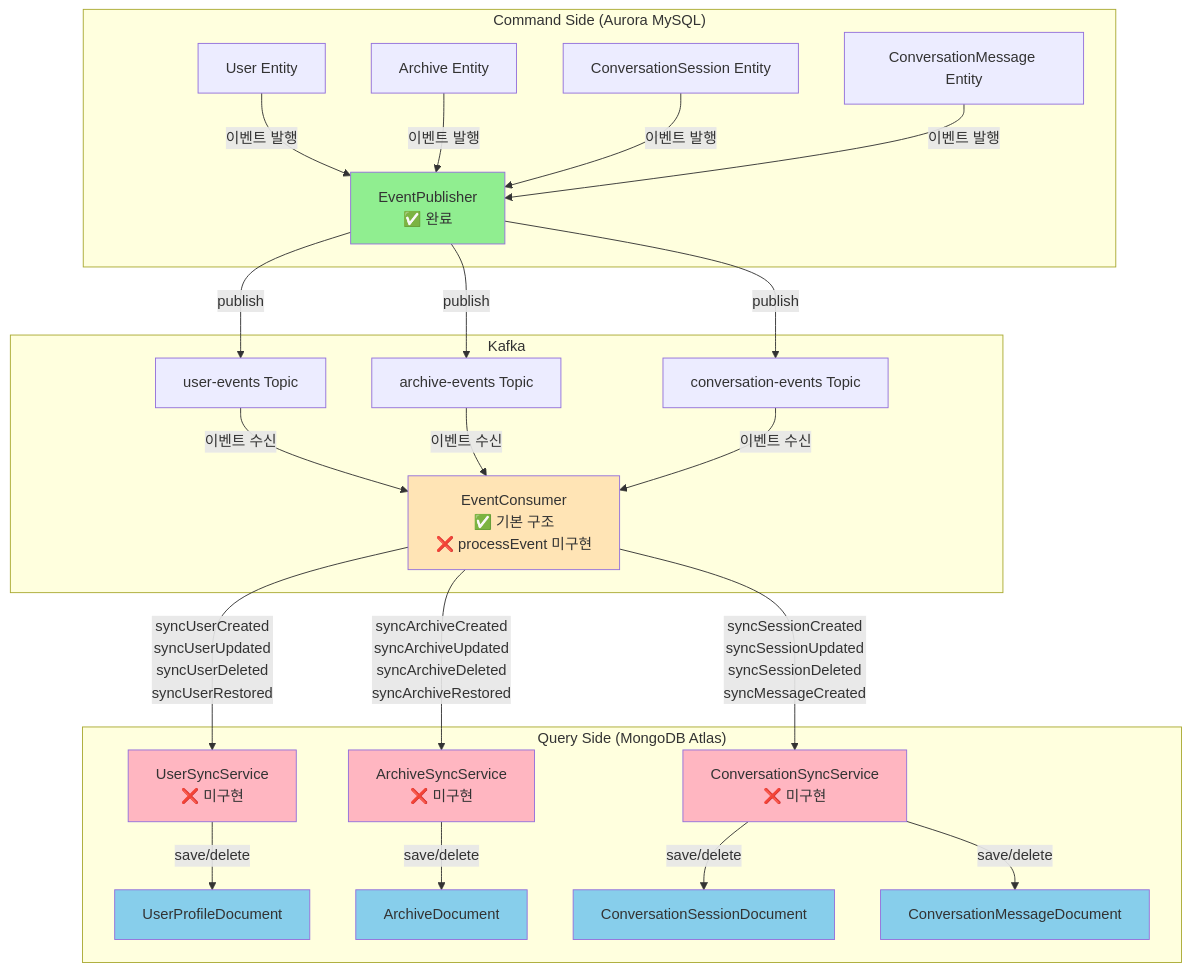
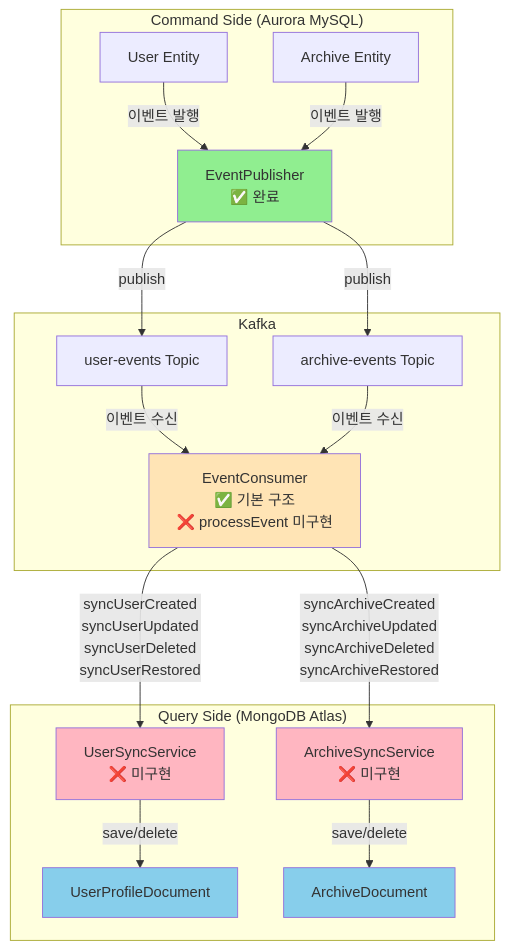
Before and after one commit to thswlsqls/tech-n-ai: the second of 8 diagrams in docs/step11/cqrs-kafka-sync-design.md, drawn with Mermaid. The commit also changed other lines of this file and 58 other files, not shown here.

````diff
--- a/docs/step11/cqrs-kafka-sync-design.md
+++ b/docs/step11/cqrs-kafka-sync-design.md
@@ -611,55 +720,39 @@
 ```mermaid
 flowchart TB
     subgraph CommandSide["Command Side (Aurora MySQL)"]
         UserEntity[User Entity]
         ArchiveEntity[Archive Entity]
-        ConversationSessionEntity[ConversationSession Entity]
-        ConversationMessageEntity[ConversationMessage Entity]
         EventPublisher[EventPublisher<br/>✅ 완료]
     end
     
     subgraph Kafka["Kafka"]
         UserTopic[user-events Topic]
         ArchiveTopic[archive-events Topic]
-        ConversationTopic[conversation-events Topic]
         EventConsumer[EventConsumer<br/>✅ 기본 구조<br/>❌ processEvent 미구현]
     end
     
     subgraph QuerySide["Query Side (MongoDB Atlas)"]
         UserProfileDoc[UserProfileDocument]
         ArchiveDoc[ArchiveDocument]
-        ConversationSessionDoc[ConversationSessionDocument]
-        ConversationMessageDoc[ConversationMessageDocument]
         UserSyncService[UserSyncService<br/>❌ 미구현]
         ArchiveSyncService[ArchiveSyncService<br/>❌ 미구현]
-        ConversationSyncService[ConversationSyncService<br/>❌ 미구현]
     end
     
     UserEntity -->|이벤트 발행| EventPublisher
     ArchiveEntity -->|이벤트 발행| EventPublisher
-    ConversationSessionEntity -->|이벤트 발행| EventPublisher
-    ConversationMessageEntity -->|이벤트 발행| EventPublisher
     EventPublisher -->|publish| UserTopic
     EventPublisher -->|publish| ArchiveTopic
-    EventPublisher -->|publish| ConversationTopic
     UserTopic -->|이벤트 수신| EventConsumer
     ArchiveTopic -->|이벤트 수신| EventConsumer
-    ConversationTopic[conversation-events Topic] -->|이벤트 수신| EventConsumer
     EventConsumer -->|syncUserCreated<br/>syncUserUpdated<br/>syncUserDeleted<br/>syncUserRestored| UserSyncService
     EventConsumer -->|syncArchiveCreated<br/>syncArchiveUpdated<br/>syncArchiveDeleted<br/>syncArchiveRestored| ArchiveSyncService
-    EventConsumer -->|syncSessionCreated<br/>syncSessionUpdated<br/>syncSessionDeleted<br/>syncMessageCreated| ConversationSyncService
     UserSyncService -->|save/delete| UserProfileDoc
     ArchiveSyncService -->|save/delete| ArchiveDoc
-    ConversationSyncService -->|save/delete| ConversationSessionDoc
-    ConversationSyncService -->|save/delete| ConversationMessageDoc
     
     style EventPublisher fill:#90EE90
     style EventConsumer fill:#FFE4B5
     style UserSyncService fill:#FFB6C1
     style ArchiveSyncService fill:#FFB6C1
-    style ConversationSyncService fill:#FFB6C1
     style UserProfileDoc fill:#87CEEB
     style ArchiveDoc fill:#87CEEB
-    style ConversationSessionDoc fill:#87CEEB
-    style ConversationMessageDoc fill:#87CEEB
 ```
````
